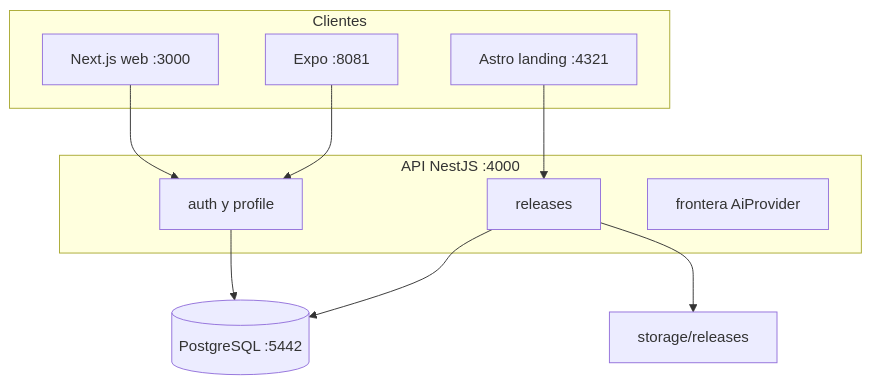
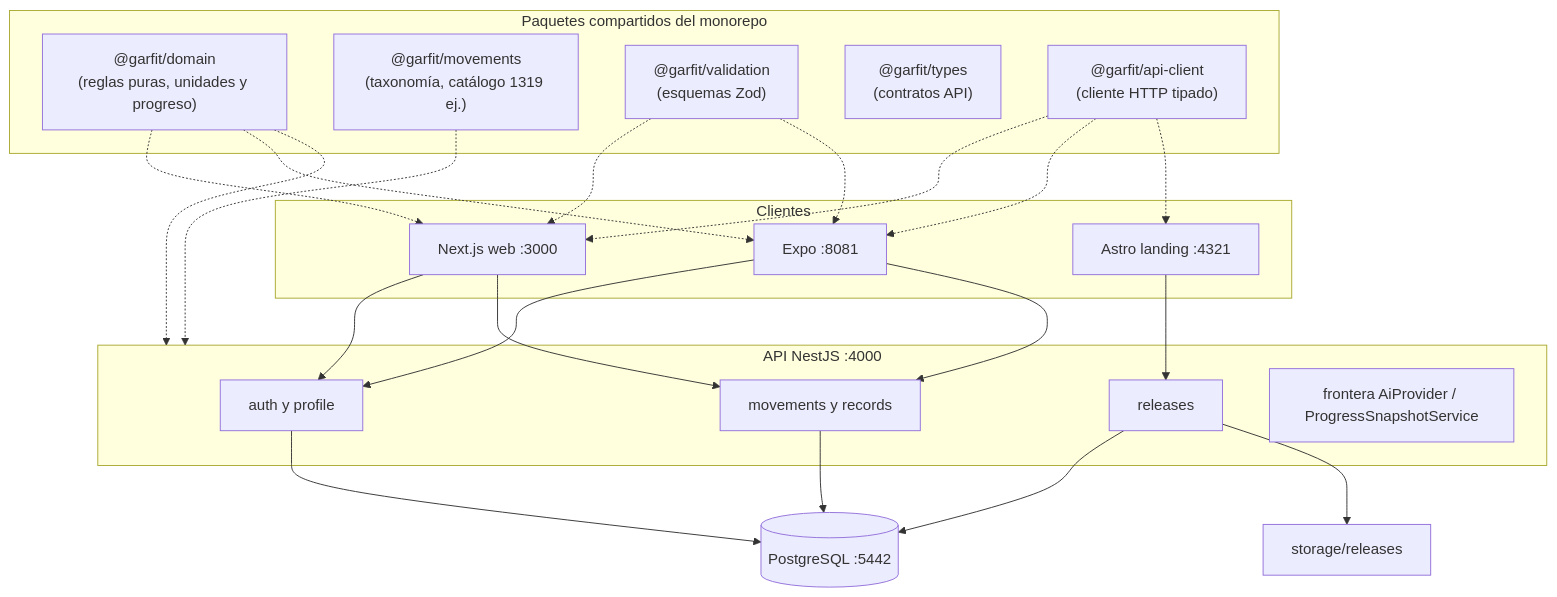
One commit to David7u79/Prototipo changed the diagram in docs/architecture/containers.md. Above: the diagram before and after it, drawn with Mermaid. The commit also changed other lines of this file and 12 other files, not shown here.

````diff
--- a/docs/architecture/containers.md
+++ b/docs/architecture/containers.md
@@ -3,21 +3,43 @@
 ```mermaid
 flowchart TB
   subgraph Clientes
     L[Astro landing :4321]
     W[Next.js web :3000]
     M[Expo :8081]
   end
   subgraph API[API NestJS :4000]
     A[auth y profile]
+    MR[movements y records]
     R[releases]
-    I[frontera AiProvider]
+    I[frontera AiProvider / ProgressSnapshotService]
+  end
+  subgraph PaquetesCompartidos[Paquetes compartidos del monorepo]
+    DOM["@garfit/domain<br/>(reglas puras, unidades y progreso)"]
+    MOV["@garfit/movements<br/>(taxonomía, catálogo 1319 ej.)"]
+    VAL["@garfit/validation<br/>(esquemas Zod)"]
+    TYP["@garfit/types<br/>(contratos API)"]
+    CLI["@garfit/api-client<br/>(cliente HTTP tipado)"]
   end
   P[(PostgreSQL :5442)]
   S[storage/releases]
+
   L --> R
   W --> A
+  W --> MR
   M --> A
+  M --> MR
   A --> P
+  MR --> P
   R --> P
   R --> S
+
+  DOM -.-> API
+  DOM -.-> W
+  DOM -.-> M
+  MOV -.-> API
+  VAL -.-> W
+  VAL -.-> M
+  CLI -.-> W
+  CLI -.-> M
+  CLI -.-> L
 ```
````
